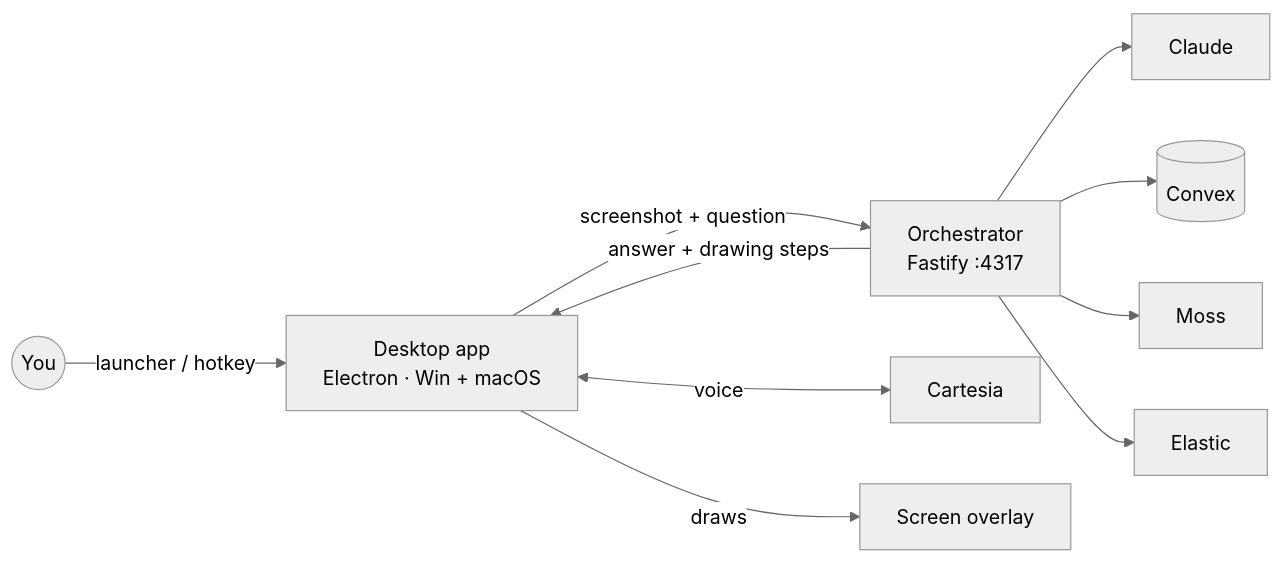
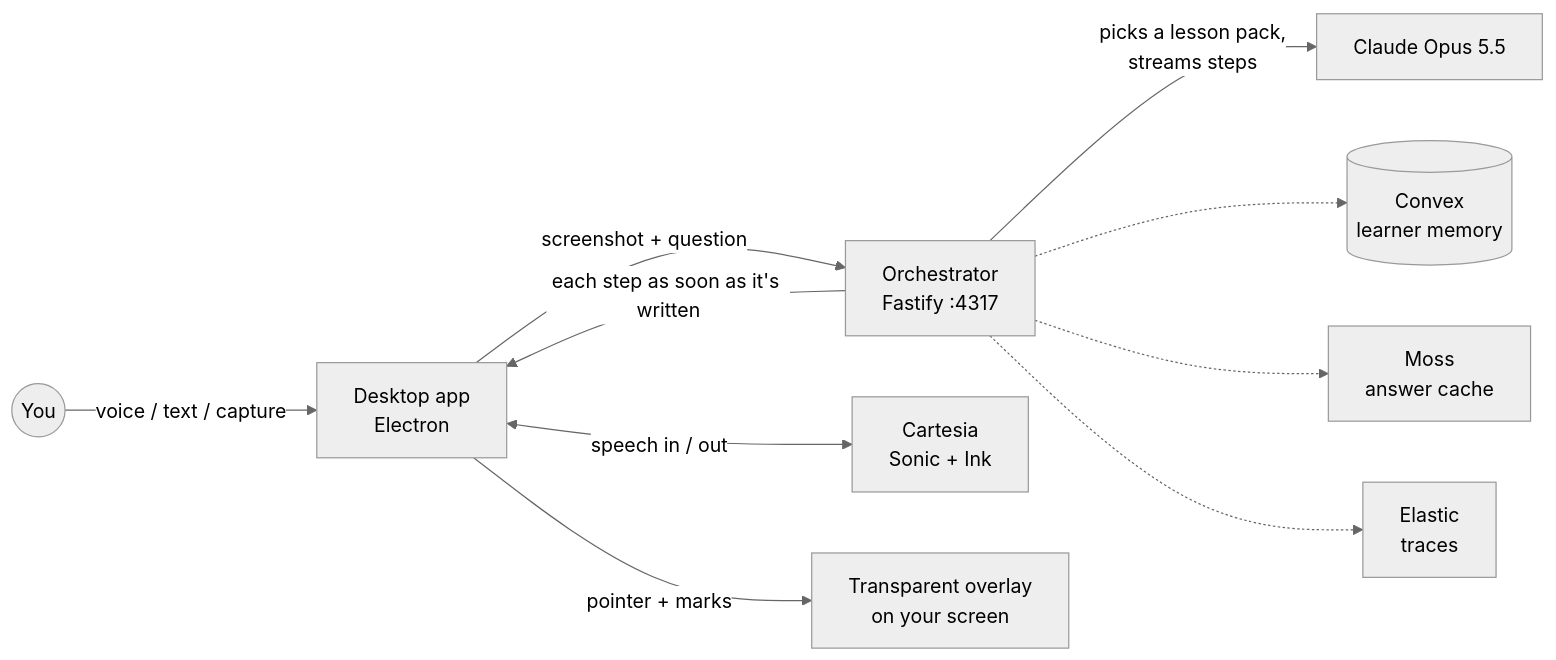
One commit to jay-1806/CalHacks13.0 changed the diagram in README.md. Above: the diagram before and after it, drawn with Mermaid (neutral theme). The commit also changed other lines of this file, not shown here.

````diff
--- a/README.md
+++ b/README.md
@@ -57,12 +69,12 @@
 ```mermaid
 graph LR
-    You((You)) -->|launcher / hotkey| Desktop["Desktop app<br/>Electron · Win + macOS"]
-    Desktop -->|screenshot + question| Orch["Orchestrator<br/>Fastify :4317"]
-    Orch --> Claude["Claude"]
-    Orch --> Convex[(Convex)]
-    Orch --> Moss[Moss]
-    Orch --> Elastic[Elastic]
-    Desktop <-->|voice| Cartesia[Cartesia]
-    Orch -->|answer + drawing steps| Desktop
-    Desktop -->|draws| Overlay["Screen overlay"]
+    You((You)) -->|voice / text / capture| App["Desktop app<br/>Electron"]
+    App -->|screenshot + question| Orch["Orchestrator<br/>Fastify :4317"]
+    Orch -->|picks a lesson pack,<br/>streams steps| Claude["Claude Opus 5.5"]
+    Orch -.-> Convex[("Convex<br/>learner memory")]
+    Orch -.-> Moss["Moss<br/>answer cache"]
+    Orch -.-> Elastic["Elastic<br/>traces"]
+    Orch -->|each step as soon as it's written| App
+    App <-->|speech in / out| Cartesia["Cartesia<br/>Sonic + Ink"]
+    App -->|pointer + marks| Overlay["Transparent overlay<br/>on your screen"]
 ```
````
